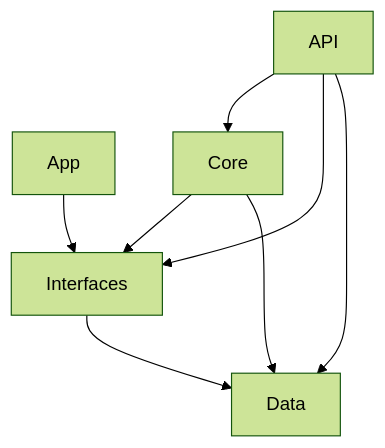
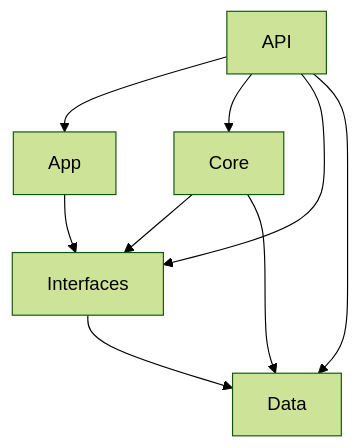
The second of 2 diagrams in docs/arquitectura.md (faacumoral/DistribuidoraGustavo), drawn with Mermaid (forest theme) before and after one commit. The commit also changed other lines of this file and 18 other files, not shown here.

First line of the commit message:
Serve the Blazor app from the API project

````diff
--- a/docs/arquitectura.md
+++ b/docs/arquitectura.md
@@ -26,10 +29,11 @@
 ```mermaid
 flowchart TD
     App --> Interfaces
+    API --> App
     API --> Core
     API --> Interfaces
     API --> Data
     Core --> Interfaces
     Core --> Data
     Interfaces --> Data
 ```
````
